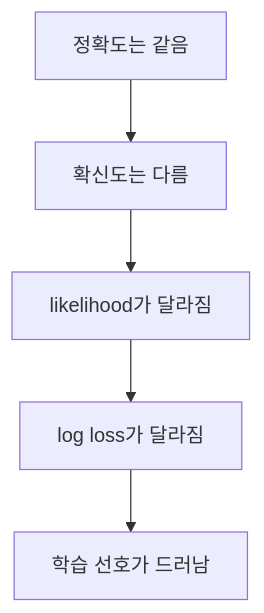
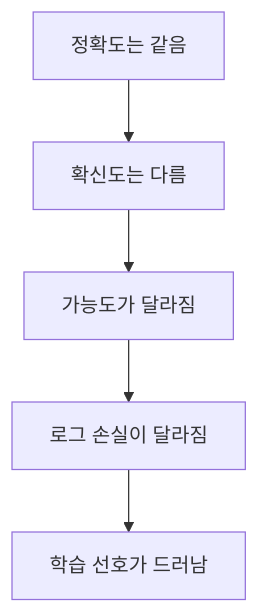
The diagram in docs/assets/part-04/chapter-11/p4-11-3-mermaid-02-ko.mmd (devchan64/AiBook), drawn with Mermaid before and after one commit. The commit also changed 8 other files, not shown here.

Commit message:
Finish Part 4 Korean diagram localization

```diff
--- a/docs/assets/part-04/chapter-11/p4-11-3-mermaid-02-ko.mmd
+++ b/docs/assets/part-04/chapter-11/p4-11-3-mermaid-02-ko.mmd
@@ -1,8 +1,8 @@
 flowchart TD
   A["정확도는 같음"]
   B["확신도는 다름"]
-  C["likelihood가 달라짐"]
-  D["log loss가 달라짐"]
+  C["가능도가 달라짐"]
+  D["로그 손실이 달라짐"]
   E["학습 선호가 드러남"]
 
   A --> B --> C --> D --> E
```
